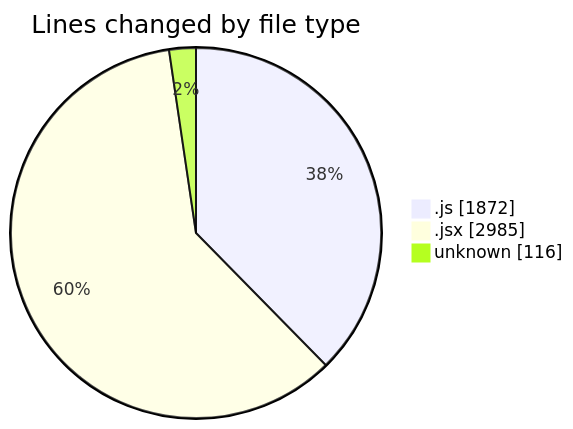
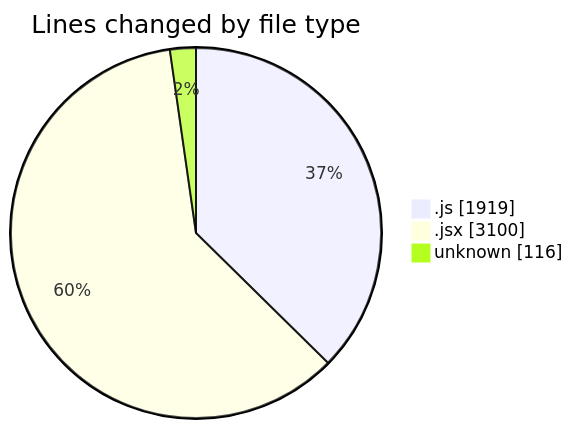
One commit to nxtqubesakshisongat/code-tracking changed the first of 2 diagrams in 2025-12-01/nxtqube_webapp/README.md. Above: the diagram before and after it, drawn with Mermaid. The commit also changed other lines of this file and 1 other file, not shown here.

````diff
--- a/2025-12-01/nxtqube_webapp/README.md
+++ b/2025-12-01/nxtqube_webapp/README.md
@@ -29,7 +29,7 @@
 ```mermaid
 pie showData
 title Lines changed by file type
-".js" : 1872
-".jsx" : 2985
+".js" : 1919
+".jsx" : 3100
 "unknown" : 116
 ```
````
